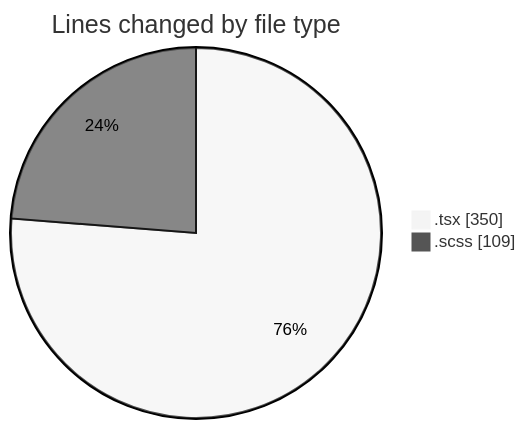
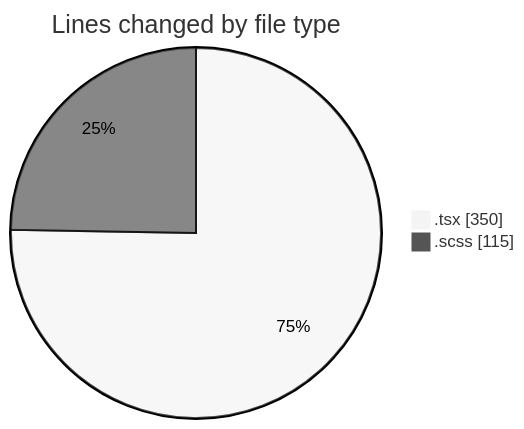
One commit to momahboobian/code-tracking changed the first of 2 diagrams in 2026-07-15/cda/README.md. Above: the diagram before and after it, drawn with Mermaid (neutral theme). The commit also changed other lines of this file and 1 other file, not shown here.

````diff
--- a/2026-07-15/cda/README.md
+++ b/2026-07-15/cda/README.md
@@ -21,6 +21,6 @@
 ```mermaid
 pie showData
 title Lines changed by file type
 ".tsx" : 350
-".scss" : 109
+".scss" : 115
 ```
````
